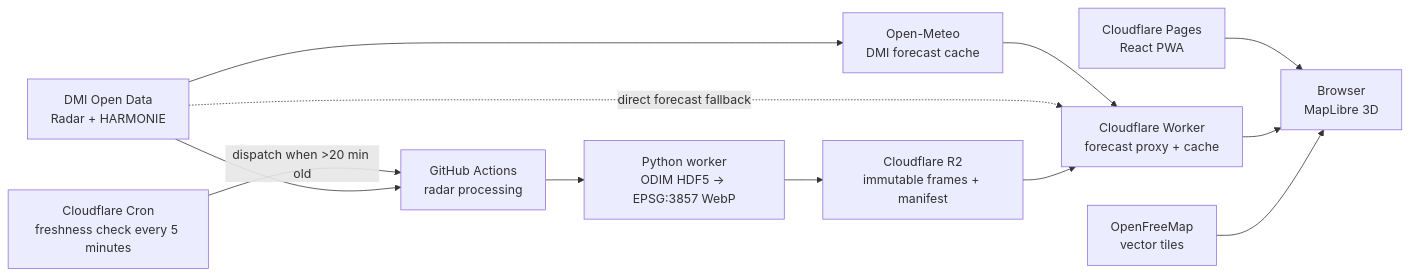
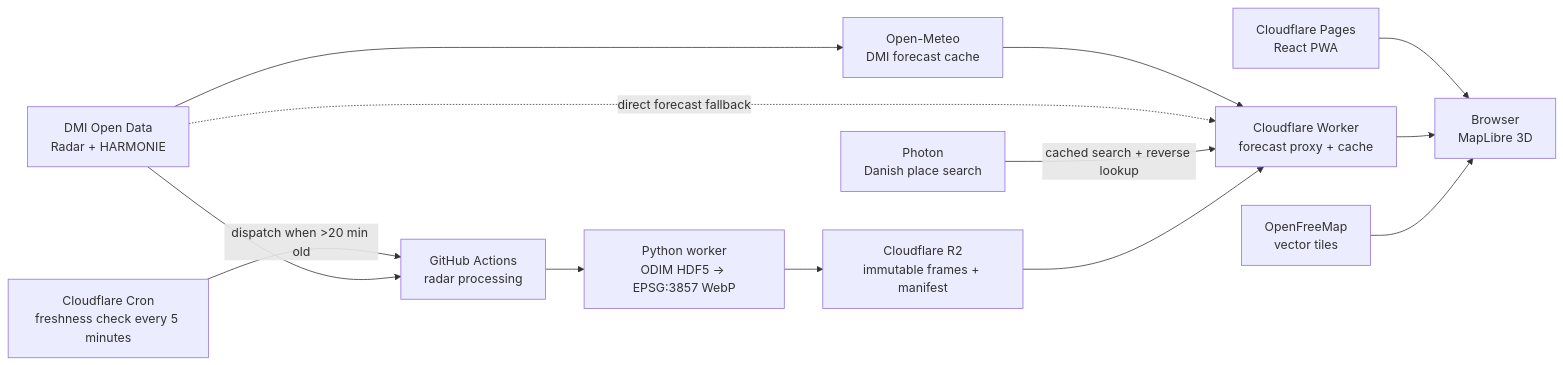
The diagram in README.md (browndahl/wetMap), drawn with Mermaid before and after one commit. The commit also changed other lines of this file and 14 other files, not shown here.

Commit message:
feat: add location search and live timeline context

````diff
--- a/README.md
+++ b/README.md
@@ -21,22 +21,24 @@
 ```mermaid
 flowchart LR
   DMI["DMI Open Data\nRadar + HARMONIE"]
   OM["Open-Meteo\nDMI forecast cache"]
+  Photon["Photon\nDanish place search"]
   Scheduler["Cloudflare Cron\nfreshness check every 5 minutes"]
   GH["GitHub Actions\nradar processing"]
   PW["Python worker\nODIM HDF5 → EPSG:3857 WebP"]
   R2["Cloudflare R2\nimmutable frames + manifest"]
   Edge["Cloudflare Worker\nforecast proxy + cache"]
   Pages["Cloudflare Pages\nReact PWA"]
   Map["OpenFreeMap\nvector tiles"]
   User["Browser\nMapLibre 3D"]
 
   Scheduler -->|dispatch when >20 min old| GH
   DMI --> GH --> PW --> R2
   DMI --> OM --> Edge
   DMI -. direct forecast fallback .-> Edge
+  Photon -->|cached search + reverse lookup| Edge
   R2 --> Edge
   Pages --> User
   Edge --> User
   Map --> User
 ```
````
